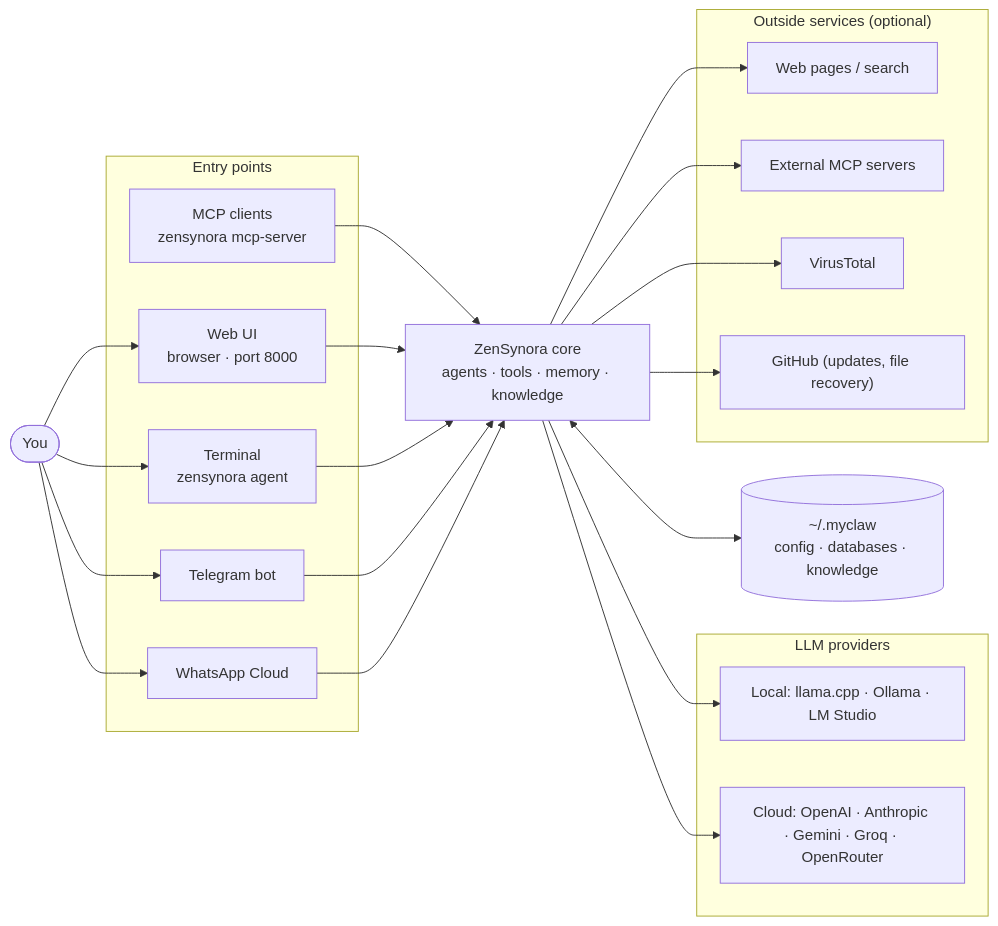
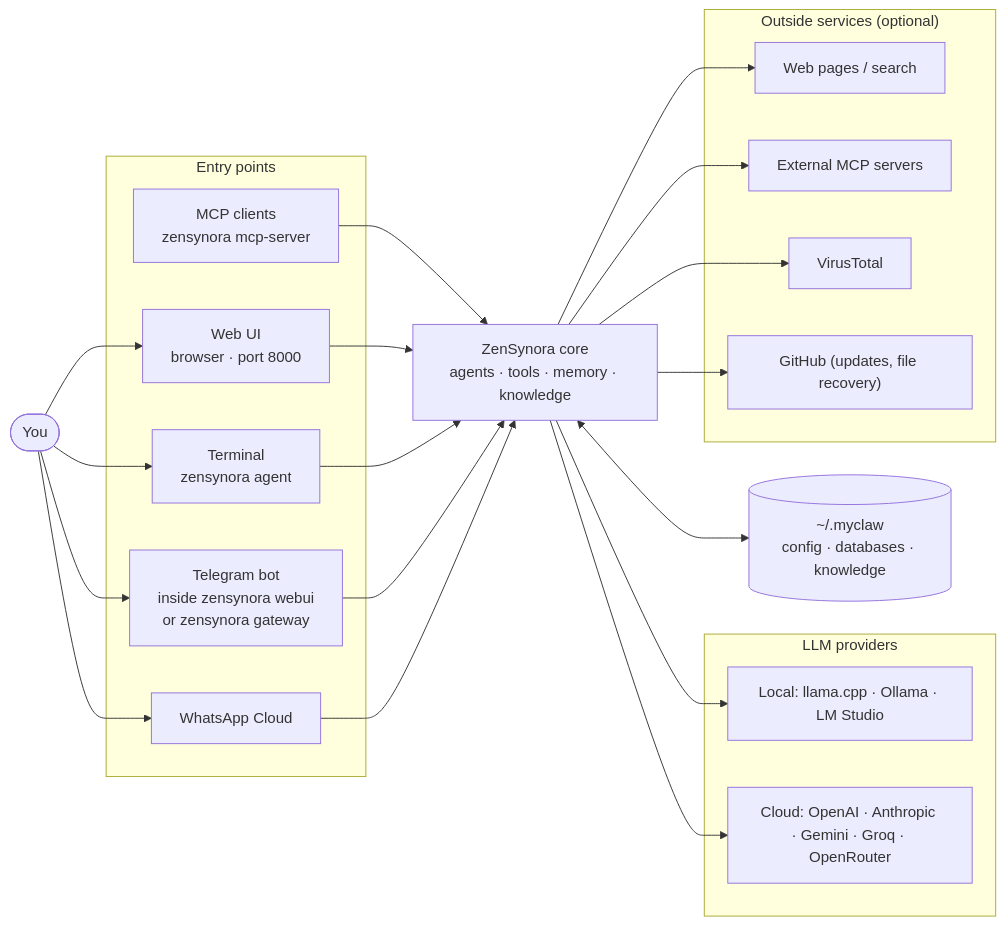
Before and after one commit to adrianx26/zensynora: the first of 16 diagrams in docs/architecture_diagram.md, drawn with Mermaid. The commit also changed other lines of this file and 18 other files, not shown here.

First line of the commit message:
Docs: Telegram guide, diagrams and all Markdown files updated

````diff
--- a/docs/architecture_diagram.md
+++ b/docs/architecture_diagram.md
@@ -35,30 +38,30 @@
 ```mermaid
 flowchart LR
     user(["You"])
     subgraph entry["Entry points"]
         webui["Web UI<br/>browser · port 8000"]
         cli["Terminal<br/>zensynora agent"]
-        tg["Telegram bot"]
+        tg["Telegram bot<br/>inside zensynora webui<br/>or zensynora gateway"]
         wa["WhatsApp Cloud"]
         mcpc["MCP clients<br/>zensynora mcp-server"]
     end
     core["ZenSynora core<br/>agents · tools · memory · knowledge"]
     subgraph llm["LLM providers"]
         local["Local: llama.cpp · Ollama · LM Studio"]
         cloud["Cloud: OpenAI · Anthropic · Gemini · Groq · OpenRouter"]
     end
     subgraph ext["Outside services (optional)"]
         web["Web pages / search"]
         mcps["External MCP servers"]
         vt["VirusTotal"]
         gh["GitHub (updates, file recovery)"]
     end
     disk[("~/.myclaw<br/>config · databases · knowledge")]
 
     user --> webui & cli & tg & wa
     mcpc --> core
     webui & cli & tg & wa --> core
     core --> local & cloud
     core --> web & mcps & vt & gh
     core <--> disk
 ```
````
